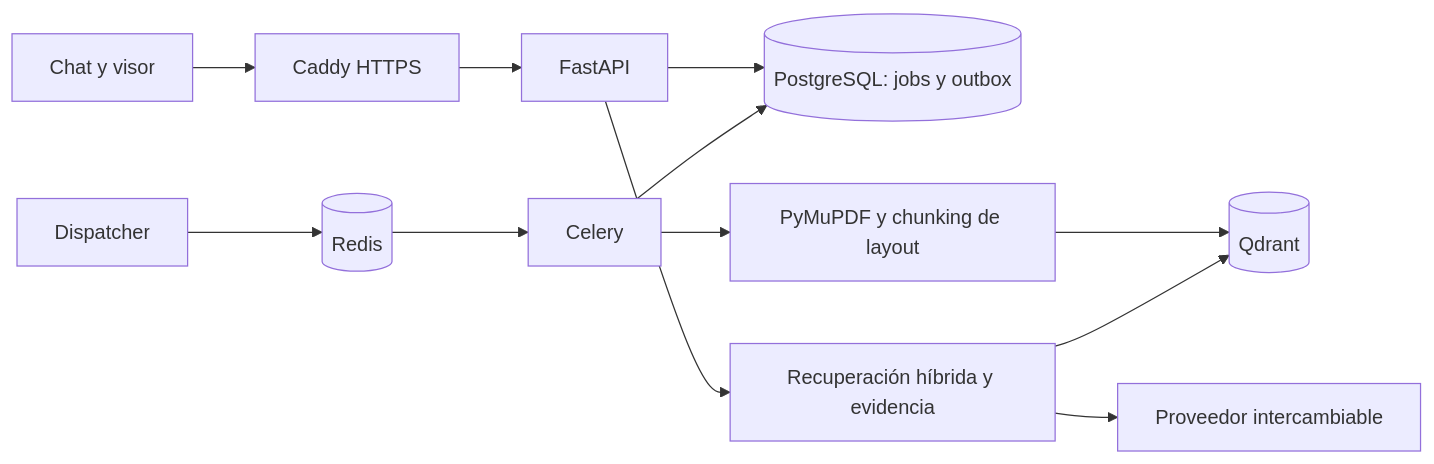
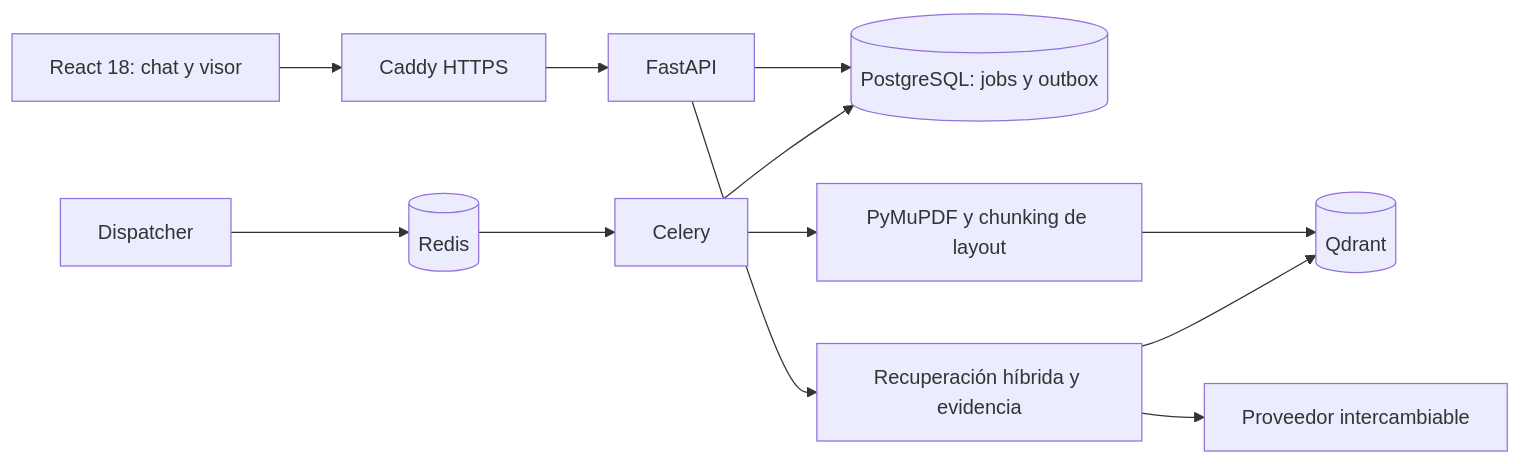
The diagram in README.md (NeoCode313/aetherrag), drawn with Mermaid before and after one commit. The commit also changed other lines of this file and 34 other files, not shown here.

```diff
--- a/README.md
+++ b/README.md
@@ -57,14 +57,14 @@
 ~~~mermaid
 flowchart LR
-  UI[Chat y visor] --> TLS[Caddy HTTPS]
+  UI[React 18: chat y visor] --> TLS[Caddy HTTPS]
   TLS --> API[FastAPI]
   API --> SQL[(PostgreSQL: jobs y outbox)]
   API --> Query[Recuperación híbrida y evidencia]
   Dispatcher[Dispatcher] --> Redis[(Redis)]
   Redis --> Worker[Celery]
   Worker --> PDF[PyMuPDF y chunking de layout]
   PDF --> Qdrant[(Qdrant)]
   Worker --> SQL
   Query --> Qdrant
   Query --> LLM[Proveedor intercambiable]
 ~~~
```
